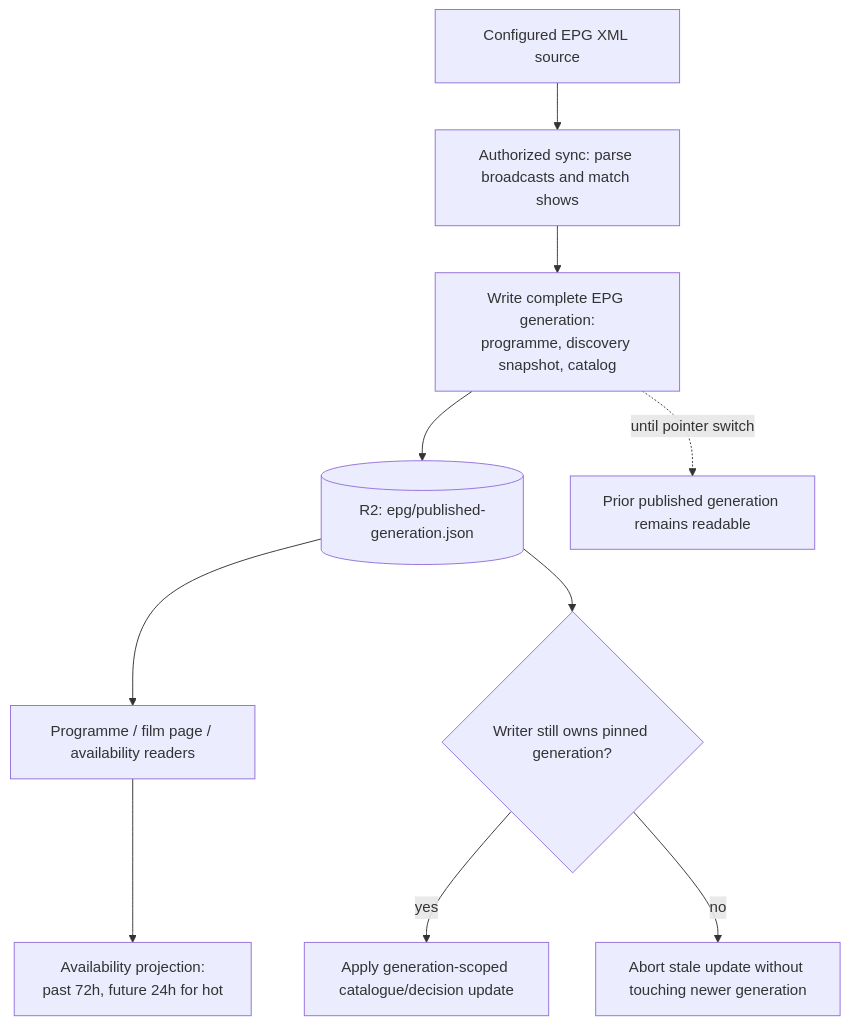
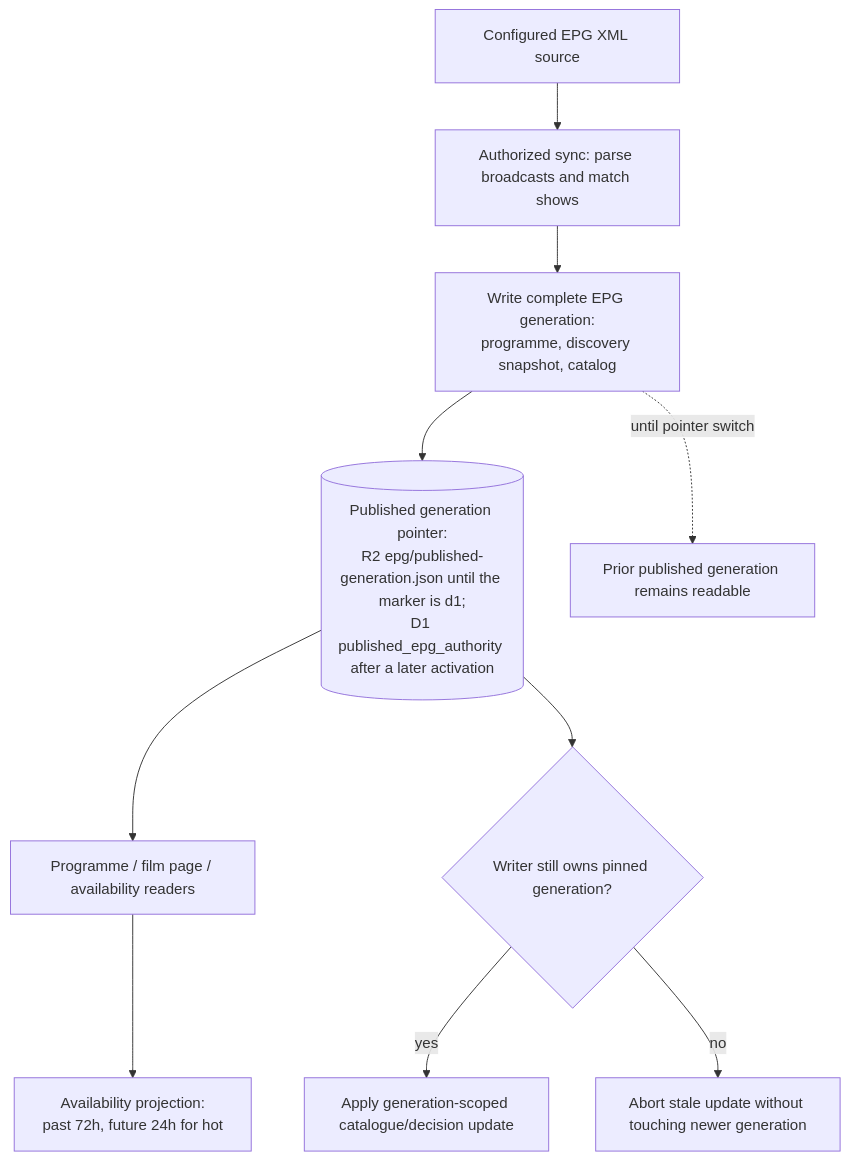
One commit to vladimino/iptv-watchlist changed the diagram in docs/architecture/epg-and-availability.md. Above: the diagram before and after it, drawn with Mermaid. The commit also changed other lines of this file and 41 other files, not shown here.

First line of the commit message:
AIR-319: prepare D1-authoritative published EPG with guarded cutover (ADR 0079)

````diff
--- a/docs/architecture/epg-and-availability.md
+++ b/docs/architecture/epg-and-availability.md
@@ -5,19 +5,19 @@
 ```mermaid
 flowchart TD
     source["Configured EPG XML source"]
     parse["Authorized sync: parse broadcasts and match shows"]
     staging["Write complete EPG generation:<br/>programme, discovery snapshot, catalog"]
-    pointer[("R2: epg/published-generation.json")]
+    pointer[("Published generation pointer:<br/>R2 epg/published-generation.json until the marker is d1;<br/>D1 published_epg_authority after a later activation")]
     readers["Programme / film page / availability readers"]
     window["Availability projection:<br/>past 72h, future 24h for hot"]
     previous["Prior published generation remains readable"]
     stale{"Writer still owns pinned generation?"}
     update["Apply generation-scoped catalogue/decision update"]
     reject["Abort stale update without touching newer generation"]
     source --> parse --> staging --> pointer
     pointer --> readers --> window
     staging -.->|until pointer switch| previous
     pointer --> stale
     stale -->|yes| update
     stale -->|no| reject
 ```
````
